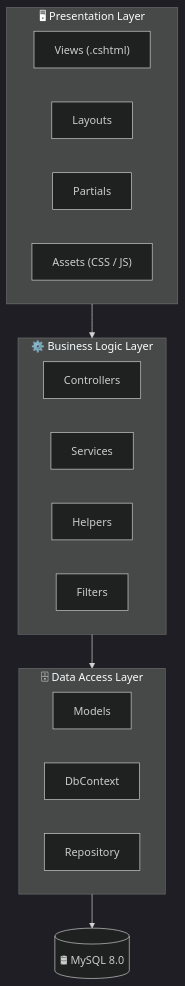
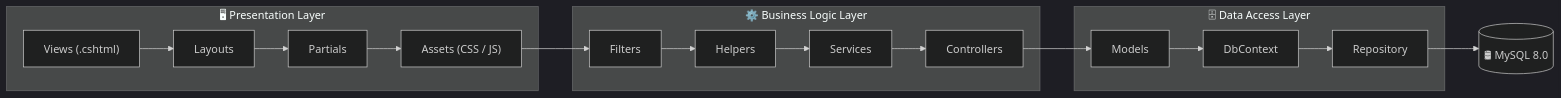
Before and after one commit to fachriramdhan/stock-management-system---StokApp: the diagram in README.md, drawn with Mermaid (dark theme). The commit also changed other lines of this file, not shown here.

````diff
--- a/README.md
+++ b/README.md
@@ -121,40 +123,45 @@
 ```mermaid
-flowchart TB
+flowchart LR
     %% =========================
     %% Presentation Layer
     %% =========================
     subgraph Presentation["🖥 Presentation Layer"]
-        Views["Views (.cshtml)"]
-        Layouts["Layouts"]
-        Partials["Partials"]
-        Assets["Assets (CSS / JS)"]
+        P1["Views (.cshtml)"]
+        P2["Layouts"]
+        P3["Partials"]
+        P4["Assets (CSS / JS)"]
     end
 
     %% =========================
     %% Business Logic Layer
     %% =========================
     subgraph Business["⚙️ Business Logic Layer"]
-        Controllers["Controllers"]
-        Services["Services"]
-        Helpers["Helpers"]
-        Filters["Filters"]
+        B1["Controllers"]
+        B2["Services"]
+        B3["Helpers"]
+        B4["Filters"]
     end
 
     %% =========================
     %% Data Access Layer
     %% =========================
     subgraph Data["🗄 Data Access Layer"]
-        Models["Models"]
-        DbContext["DbContext"]
-        Repository["Repository"]
+        D1["Models"]
+        D2["DbContext"]
+        D3["Repository"]
     end
 
     %% =========================
     %% Database
     %% =========================
     DB[(🛢 MySQL 8.0)]
 
-    Presentation --> Business
-    Business --> Data
-    Data --> DB
+    %% =========================
+    %% Zig-Zag Flow
+    %% =========================
+    P1 --> P2 --> P3 --> P4
+    P4 --> B4 --> B3 --> B2 --> B1
+    B1 --> D1 --> D2 --> D3
+    D3 --> DB
+
 ```
````
